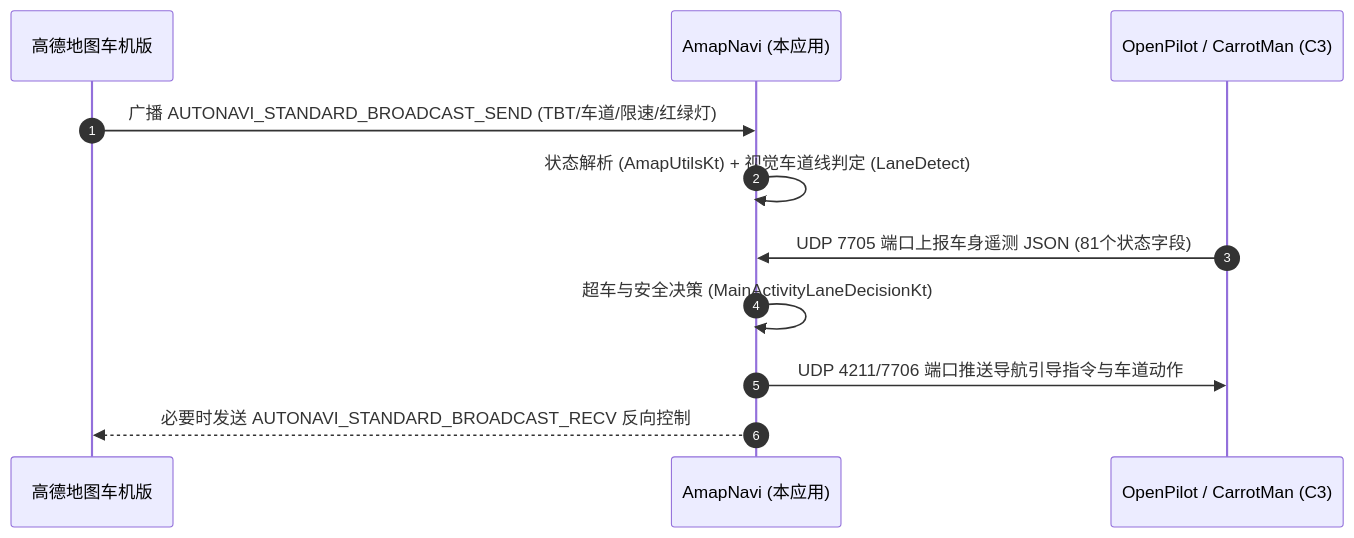
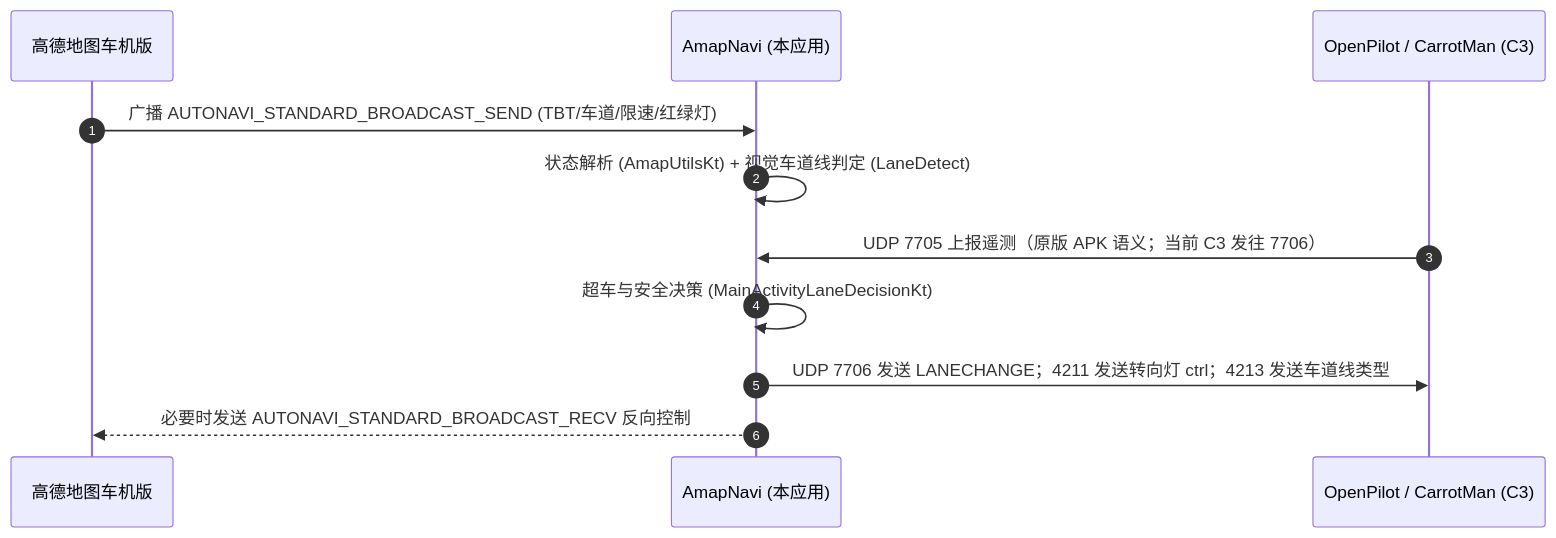
The third of 4 diagrams in docs/库斯途升级破解/01_应用基础信息分析.md (fds2003/openpilot-ck89757), drawn with Mermaid before and after one commit. The commit also changed other lines of this file and 2 other files, not shown here.

````diff
--- a/docs/库斯途升级破解/01_应用基础信息分析.md
+++ b/docs/库斯途升级破解/01_应用基础信息分析.md
@@ -368,14 +370,14 @@
 ```mermaid
 sequenceDiagram
     autonumber
     participant Amap as 高德地图车机版
     participant Bridge as AmapNavi (本应用)
     participant C3 as OpenPilot / CarrotMan (C3)
 
     Amap->>Bridge: 广播 AUTONAVI_STANDARD_BROADCAST_SEND (TBT/车道/限速/红绿灯)
     Bridge->>Bridge: 状态解析 (AmapUtilsKt) + 视觉车道线判定 (LaneDetect)
-    C3->>Bridge: UDP 7705 端口上报车身遥测 JSON (81个状态字段)
+    C3->>Bridge: UDP 7705 上报遥测（原版 APK 语义；当前 C3 发往 7706）
     Bridge->>Bridge: 超车与安全决策 (MainActivityLaneDecisionKt)
-    Bridge->>C3: UDP 4211/7706 端口推送导航引导指令与车道动作
+    Bridge->>C3: UDP 7706 发送 LANECHANGE；4211 发送转向灯 ctrl；4213 发送车道线类型
     Bridge-->>Amap: 必要时发送 AUTONAVI_STANDARD_BROADCAST_RECV 反向控制
 ```
````
